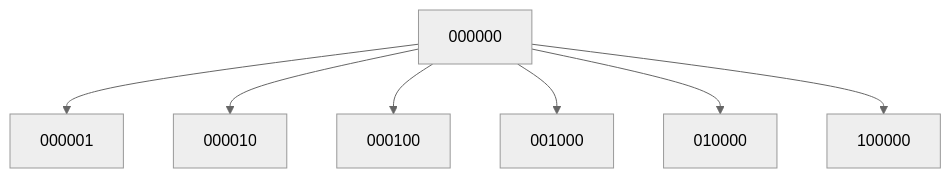
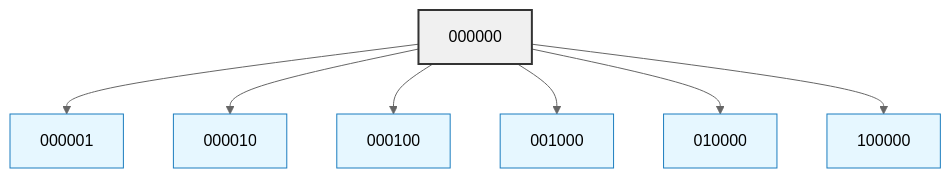
One commit to sciganec/subit-atlas changed the second of 8 diagrams in whitepaper/Whitepaper‑Figures.mmd. Above: the diagram before and after it, drawn with Mermaid (neutral theme). The commit also changed other lines of this file, not shown here.

````diff
--- a/whitepaper/Whitepaper‑Figures.mmd
+++ b/whitepaper/Whitepaper‑Figures.mmd
@@ -20,17 +32,26 @@
 ```mermaid
 graph TD
-    N000000["000000"]
-    N000001["000001"]
-    N000010["000010"]
-    N000100["000100"]
-    N001000["001000"]
-    N010000["010000"]
-    N100000["100000"]
 
-    N000000 --> N000001
-    N000000 --> N000010
-    N000000 --> N000100
-    N000000 --> N001000
-    N000000 --> N010000
-    N000000 --> N100000
+    N0["000000"]
+    N1["000001"]
+    N2["000010"]
+    N3["000100"]
+    N4["001000"]
+    N5["010000"]
+    N6["100000"]
+
+    N0 --> N1
+    N0 --> N2
+    N0 --> N3
+    N0 --> N4
+    N0 --> N5
+    N0 --> N6
+
+    style N0 fill:#f0f0f0,stroke:#333,stroke-width:2px
+    style N1 fill:#e6f7ff,stroke:#1b7dbf
+    style N2 fill:#e6f7ff,stroke:#1b7dbf
+    style N3 fill:#e6f7ff,stroke:#1b7dbf
+    style N4 fill:#e6f7ff,stroke:#1b7dbf
+    style N5 fill:#e6f7ff,stroke:#1b7dbf
+    style N6 fill:#e6f7ff,stroke:#1b7dbf
 ```
````
